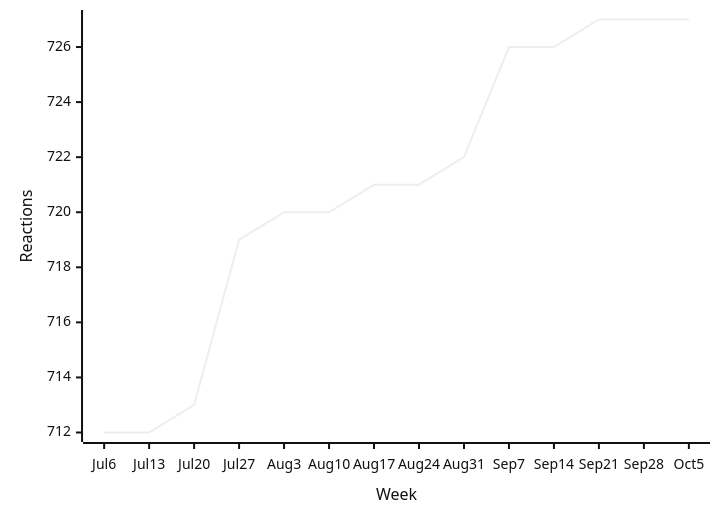
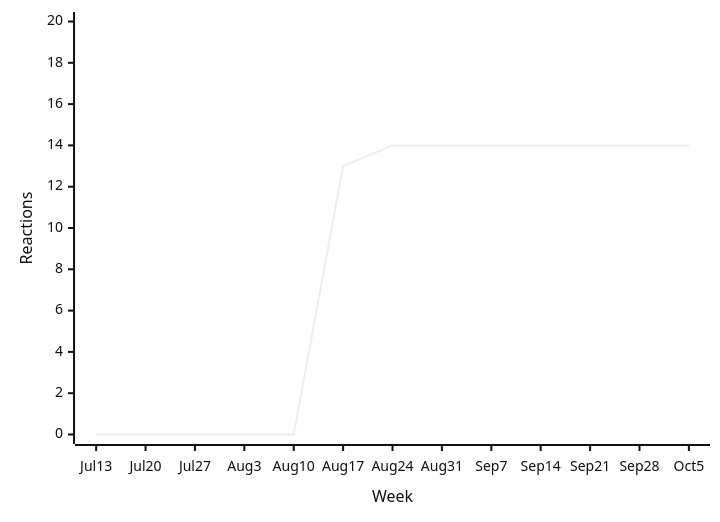
The tenth of 34 diagrams in README.md (loic-sharma/github-insights), drawn with Mermaid (neutral theme) before and after one commit. The commit also changed other lines of this file and 3 other files, not shown here.

````diff
--- a/README.md
+++ b/README.md
@@ -477,6 +477,6 @@
   ```mermaid
   xychart-beta
-    x-axis "Week" [Jul 6, Jul 13, Jul 20, Jul 27, Aug 3, Aug 10, Aug 17, Aug 24, Aug 31, Sep 7, Sep 14, Sep 21, Sep 28, Oct 5]
-    y-axis "Reactions"
-    line [712, 712, 713, 719, 720, 720, 721, 721, 722, 726, 726, 727, 727, 727]
+    x-axis "Week" [Jul 13, Jul 20, Jul 27, Aug 3, Aug 10, Aug 17, Aug 24, Aug 31, Sep 7, Sep 14, Sep 21, Sep 28, Oct 5]
+    y-axis "Reactions" 0 --> 20
+    line [0, 0, 0, 0, 0, 13, 14, 14, 14, 14, 14, 14, 14]
   ```
````
